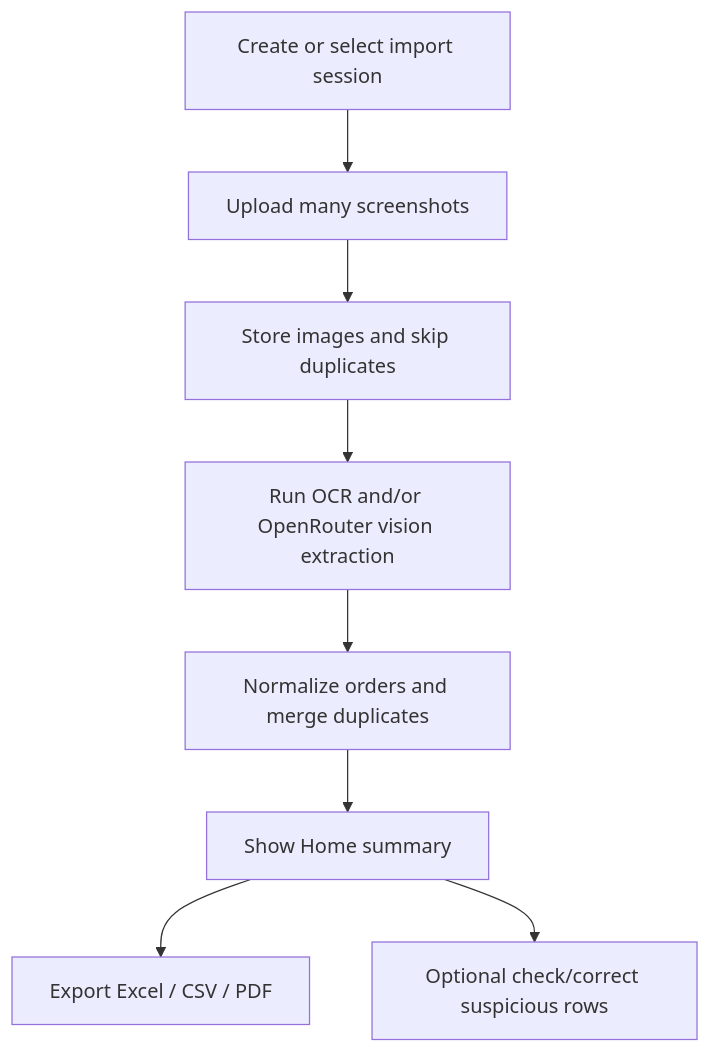
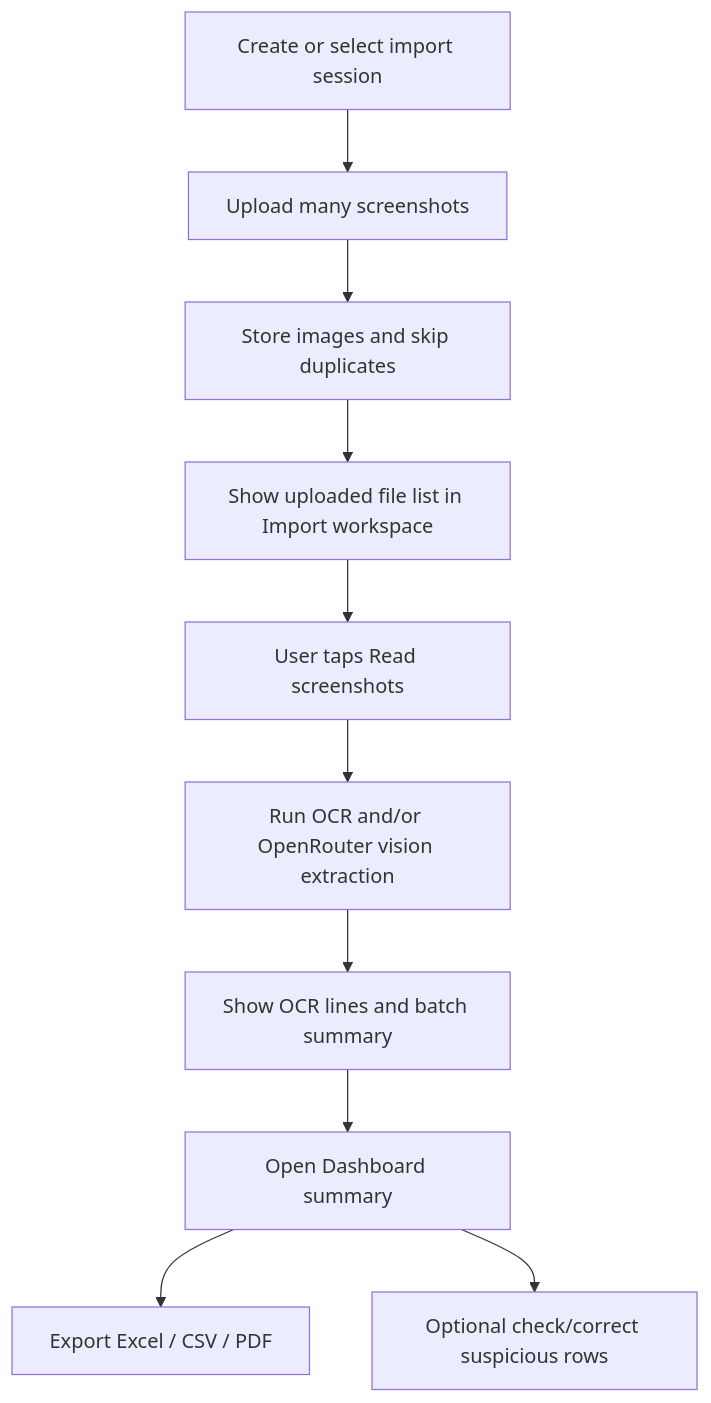
The diagram in PROJECT_INDEX.md (bew45/orderLed), drawn with Mermaid before and after one commit. The commit also changed other lines of this file and 17 other files, not shown here.

First line of the commit message:
Refine staged import workspace

````diff
--- a/PROJECT_INDEX.md
+++ b/PROJECT_INDEX.md
@@ -11,10 +13,12 @@
 ```mermaid
 flowchart TD
   A["Create or select import session"] --> B["Upload many screenshots"]
   B --> C["Store images and skip duplicates"]
-  C --> D["Run OCR and/or OpenRouter vision extraction"]
-  D --> E["Normalize orders and merge duplicates"]
-  E --> F["Show Home summary"]
-  F --> G["Export Excel / CSV / PDF"]
-  F --> H["Optional check/correct suspicious rows"]
+  C --> D["Show uploaded file list in Import workspace"]
+  D --> E["User taps Read screenshots"]
+  E --> F["Run OCR and/or OpenRouter vision extraction"]
+  F --> G["Show OCR lines and batch summary"]
+  G --> H["Open Dashboard summary"]
+  H --> I["Export Excel / CSV / PDF"]
+  H --> J["Optional check/correct suspicious rows"]
 ```
````
